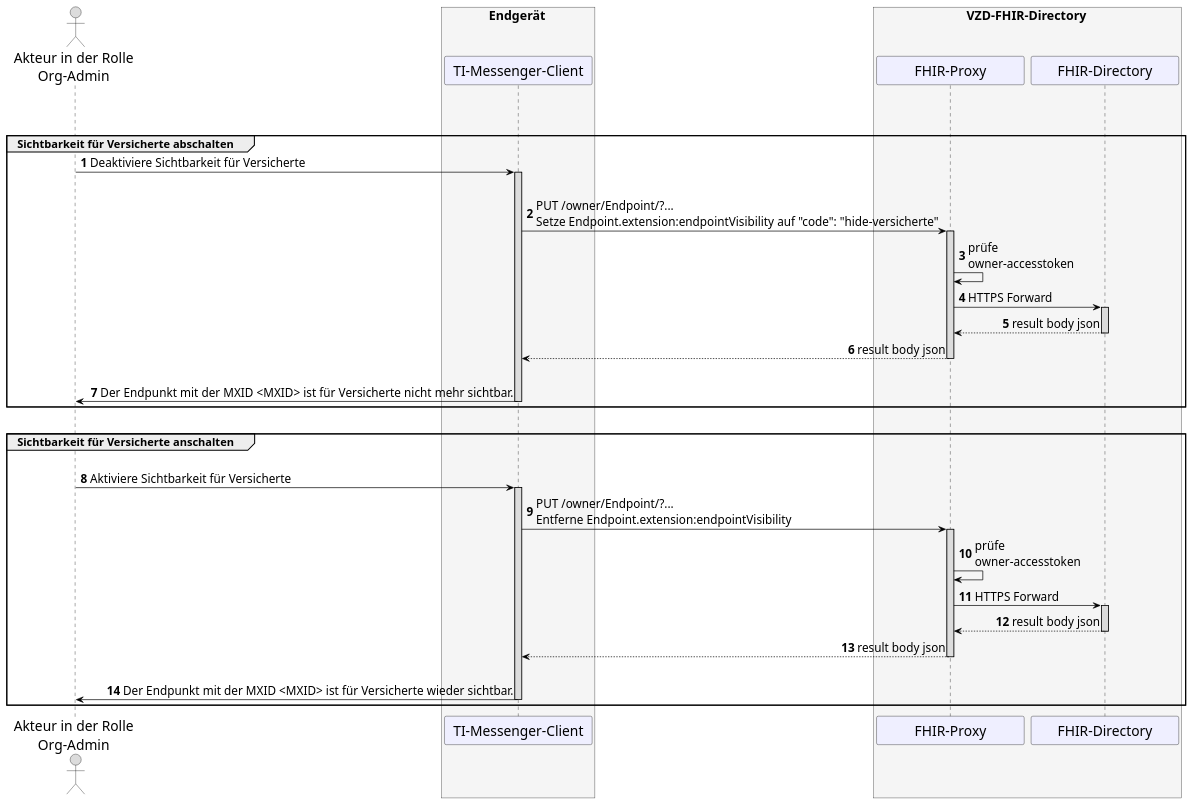
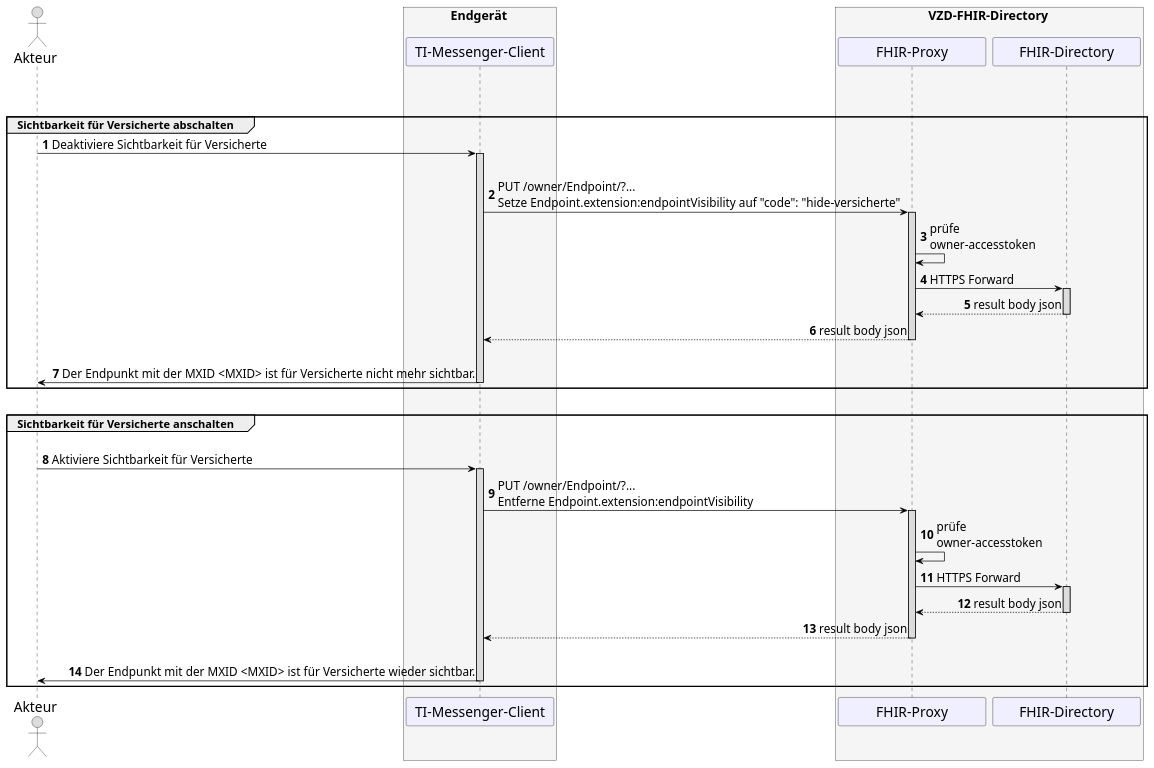
The diagram in src/images/TI-M_Pro/UC_10377_Seq.puml (gematik/api-ti-messenger), drawn with PlantUML before and after one commit. The commit also changed 1 other file, not shown here.

Commit message:
Update diagrams for TIM-1635

```diff
--- a/src/images/TI-M_Pro/UC_10377_Seq.puml
+++ b/src/images/TI-M_Pro/UC_10377_Seq.puml
@@ -6,76 +6,76 @@
 @startuml
 skinparam sequenceMessageAlign direction
 skinparam minClassWidth 200
 skinparam BoxPadding 1
 skinparam sequenceReferenceHeaderBackgroundColor palegreen
 scale max 2048 width
 
 skinparam sequence {
 ArrowColor black
 ArrowFontSize 17
 ActorBorderColor black
 LifeLineBorderColor black
 LifeLineBackgroundColor Gainsboro
 
 ParticipantBorderColor Motivation
 ParticipantBackgroundColor Motivation
 ParticipantFontSize 20
 ParticipantFontColor black
 ParticipantBorderColor Black
 
 ActorBackgroundColor Gainsboro
 ActorFontColor black
 ActorFontSize 20
 }
 
 autonumber
 
-actor U as "Akteur in der Rolle\nOrg-Admin"
+actor U as "Akteur"
 box <size:18>Endgerät</size> #WhiteSmoke
   participant C as "TI-Messenger-Client"
 end box
 
 box <size:18>VZD-FHIR-Directory</size> #WhiteSmoke
   participant FP as "FHIR-Proxy"
   participant VZD as "FHIR-Directory"
 end box
 
 group <size:16>VZD-FHIR-Directory Eintrag</size>
   |||
   group <size:16>Sichtbarkeit für Versicherte abschalten</size>
   U->C: Deaktiviere Sichtbarkeit für Versicherte
   
   Activate C
   |||
   C->FP: PUT /owner/Endpoint/?... \nSetze Endpoint.extension:endpointVisibility auf "code": "hide-versicherte"
     Activate FP
   FP->FP: prüfe \nowner-accesstoken
   FP->VZD: HTTPS Forward
     Activate VZD
   VZD-->FP: result body json
     Deactivate VZD
   FP-->C: result body json
     Deactivate FP
   |||
   C->U: Der Endpunkt mit der MXID <MXID> ist für Versicherte nicht mehr sichtbar. 
   Deactivate C
   end
   |||
   group <size:16>Sichtbarkeit für Versicherte anschalten</size>
   |||
   U->C: Aktiviere Sichtbarkeit für Versicherte
   Activate C
   C->FP: PUT /owner/Endpoint/?... \nEntferne Endpoint.extension:endpointVisibility 
     Activate FP
   FP->FP: prüfe \nowner-accesstoken
   FP->VZD: HTTPS Forward
     Activate VZD
   VZD-->FP: result body json
     Deactivate VZD
   FP-->C: result body json
     Deactivate FP
   |||
   C->U: Der Endpunkt mit der MXID <MXID> ist für Versicherte wieder sichtbar.
   Deactivate C
   end
 @enduml
```
